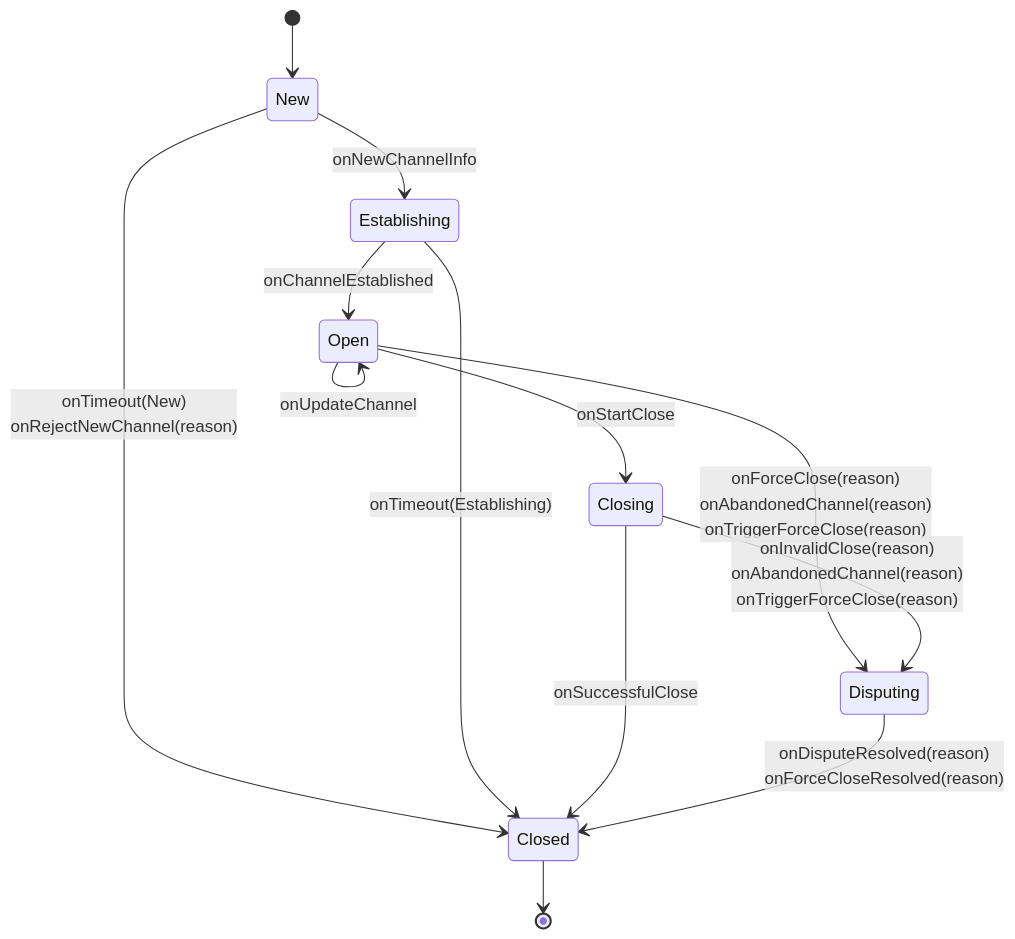
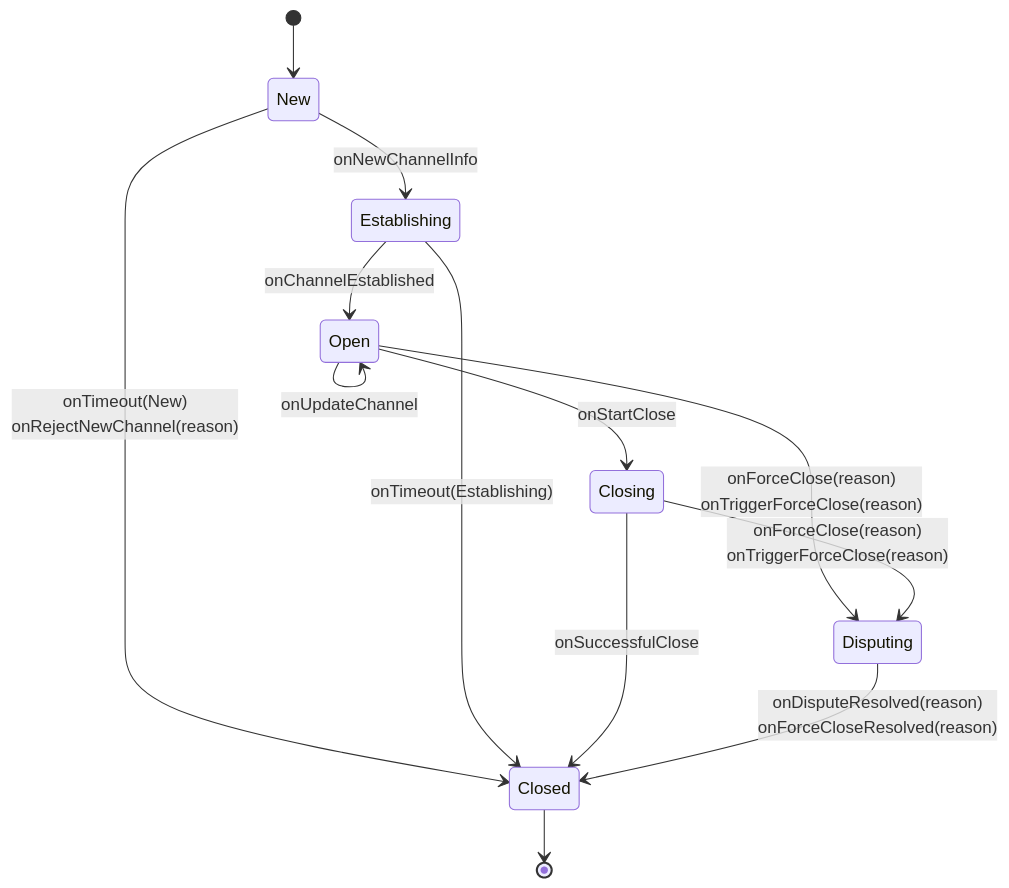
Before and after one commit to grease-xmr/grease: the diagram in docs/channel_lifecycle.md, drawn with Mermaid. The commit also changed other lines of this file and 8 other files, not shown here.

````diff
--- a/docs/channel_lifecycle.md
+++ b/docs/channel_lifecycle.md
@@ -94,15 +93,15 @@
 ```mermaid
 stateDiagram-v2
     [*] --> New
     New --> Establishing: onNewChannelInfo
     New --> Closed: onTimeout(New)<br/>onRejectNewChannel(reason) 
     Establishing --> Closed: onTimeout(Establishing)
     Establishing --> Open: onChannelEstablished
     Open --> Open: onUpdateChannel
     Open --> Closing: onStartClose
     Closing --> Closed: onSuccessfulClose
-    Open --> Disputing: onForceClose(reason)<br/>onAbandonedChannel(reason)<br/>onTriggerForceClose(reason)
-    Closing --> Disputing: onInvalidClose(reason)<br/>onAbandonedChannel(reason)<br/>onTriggerForceClose(reason)
+    Open --> Disputing: onForceClose(reason)<br/>onTriggerForceClose(reason)
+    Closing --> Disputing: onForceClose(reason)<br/>onTriggerForceClose(reason)
     Disputing --> Closed: onDisputeResolved(reason)<br/>onForceCloseResolved(reason)
     Closed --> [*]
 ```
````
